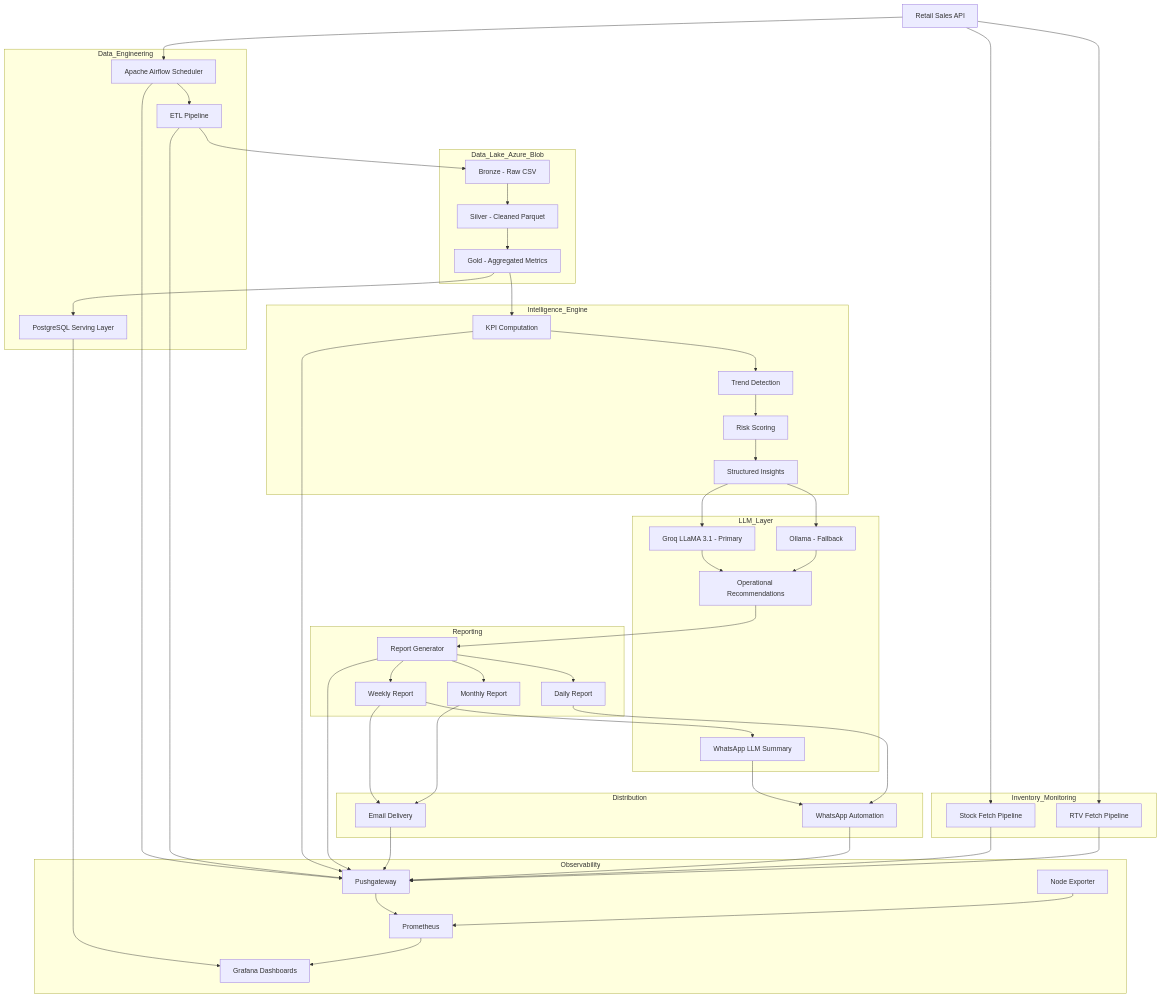
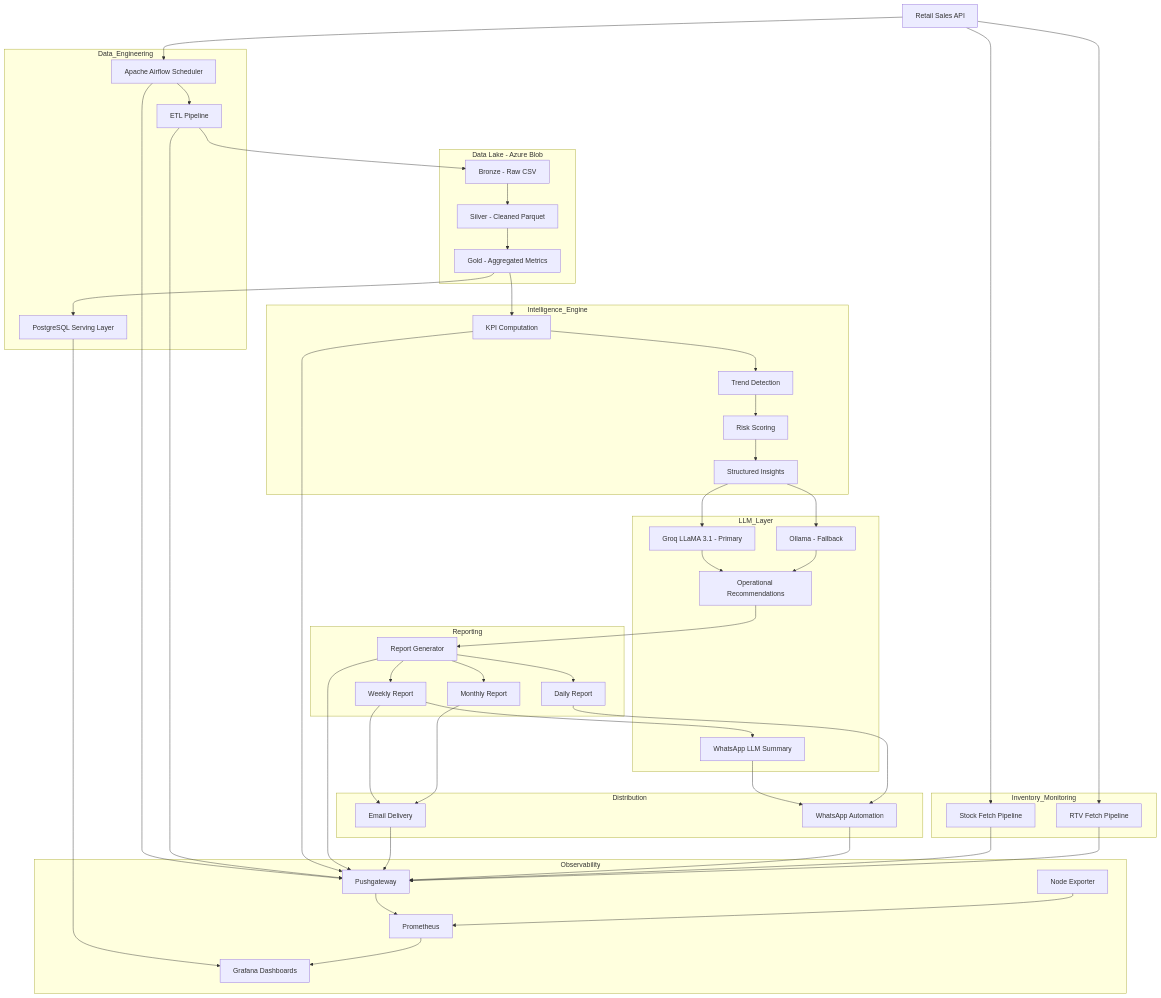
The first of 2 diagrams in readme.md (SominZex/sales_analysis_algorithm), drawn with Mermaid before and after one commit. The commit also changed other lines of this file, not shown here.

```diff
--- a/readme.md
+++ b/readme.md
@@ -54,7 +51,7 @@
 %% ---------------------------
 %% Data Lake Layer
 %% ---------------------------
-subgraph Data_Lake_Azure_Blob
+subgraph Data Lake - Azure Blob
 B[Bronze - Raw CSV]
 C[Silver - Cleaned Parquet]
 D[Gold - Aggregated Metrics]
```
